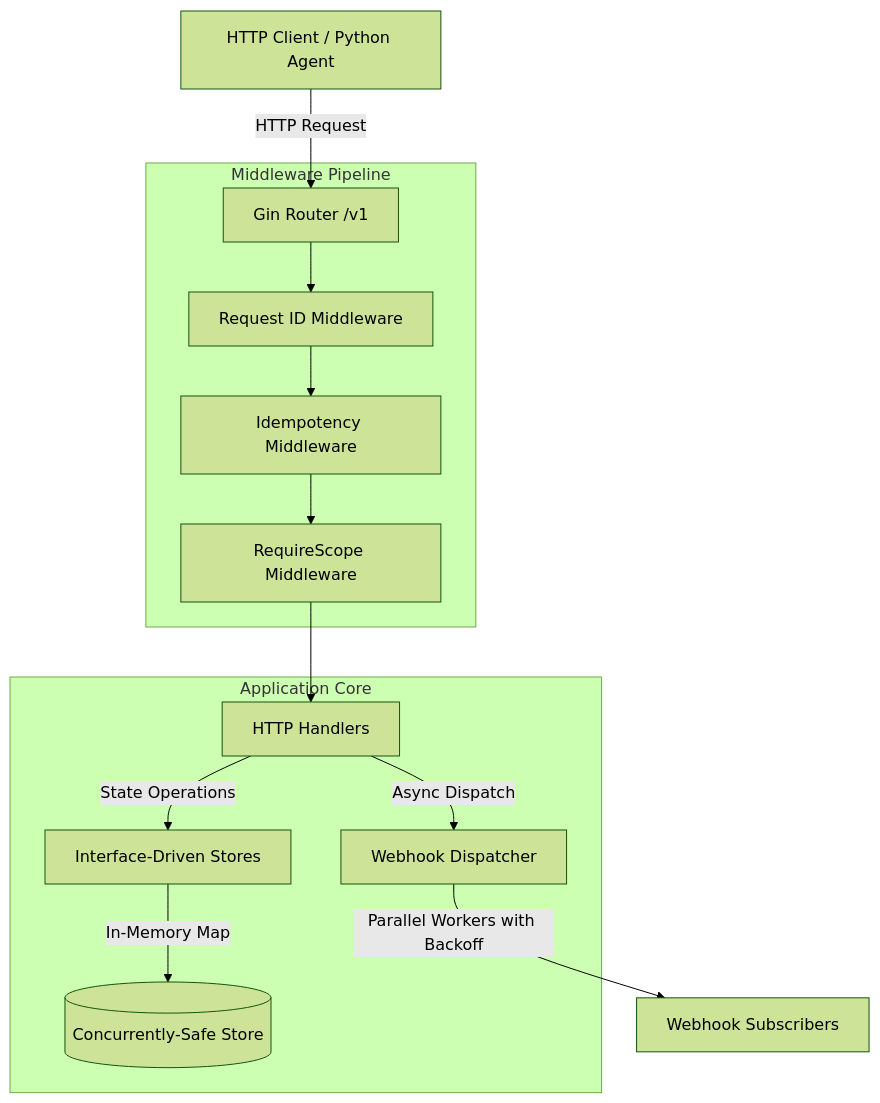
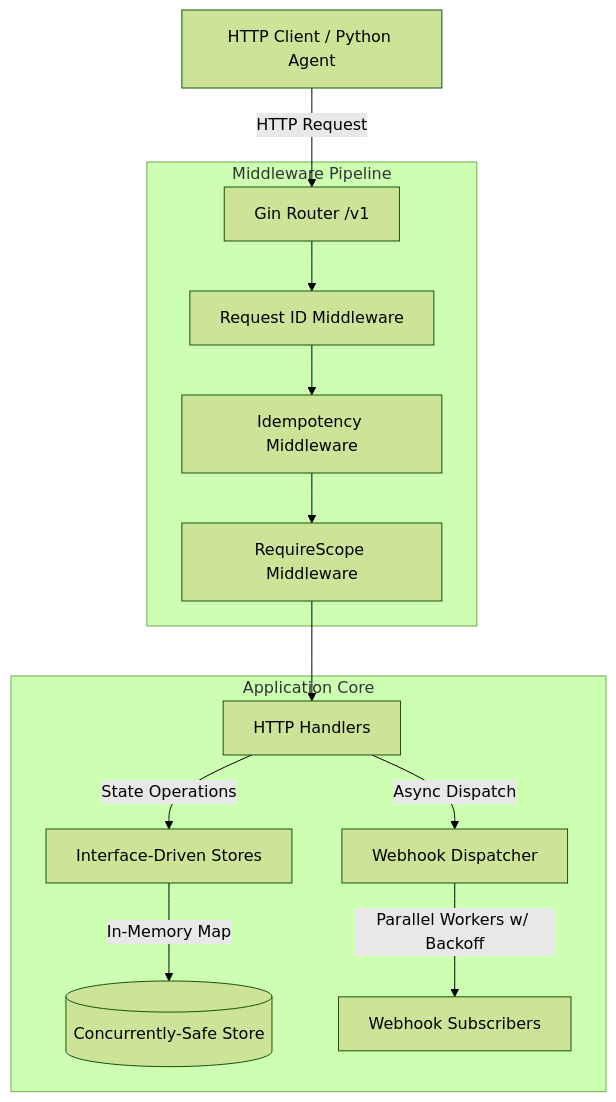
One commit to sharmahimalaya/agentic-commerce-api changed the first of 2 diagrams in README.md. Above: the diagram before and after it, drawn with Mermaid (forest theme). The commit also changed other lines of this file, not shown here.

Commit message:
docs: fix architecture diagram layout and rewrite project description

````diff
--- a/README.md
+++ b/README.md
@@ -11,20 +11,19 @@
 ```mermaid
 graph TD
-    Client[HTTP Client / Python Agent] -->|HTTP Request| Router[Gin Router /v1]
-    
-    subgraph Middleware Pipeline
-        Router --> ReqID[Request ID Middleware]
-        ReqID --> Idem[Idempotency Middleware]
-        Idem --> Auth[RequireScope Middleware]
+    Client["HTTP Client / Python Agent"] -->|HTTP Request| Router["Gin Router /v1"]
+
+    subgraph MiddlewarePipeline ["Middleware Pipeline"]
+        Router --> ReqID["Request ID Middleware"]
+        ReqID --> Idem["Idempotency Middleware"]
+        Idem --> Auth["RequireScope Middleware"]
     end
-    
-    Auth --> Handlers[HTTP Handlers]
-    
-    subgraph Application Core
-        Handlers -->|State Operations| Store[Interface-Driven Stores]
-        Store -->|In-Memory Map| MemoryMap[(Concurrently-Safe Store)]
-        Handlers -->|Async Dispatch| Dispatcher[Webhook Dispatcher]
+
+    Auth --> Handlers["HTTP Handlers"]
+
+    subgraph ApplicationCore ["Application Core"]
+        Handlers -->|State Operations| Store["Interface-Driven Stores"]
+        Store -->|In-Memory Map| MemoryMap[("Concurrently-Safe Store")]
+        Handlers -->|Async Dispatch| Dispatcher["Webhook Dispatcher"]
+        Dispatcher -->|"Parallel Workers w/ Backoff"| Subscribers["Webhook Subscribers"]
     end
-    
-    Dispatcher -->|Parallel Workers with Backoff| Subscribers[Webhook Subscribers]
 ```
````
